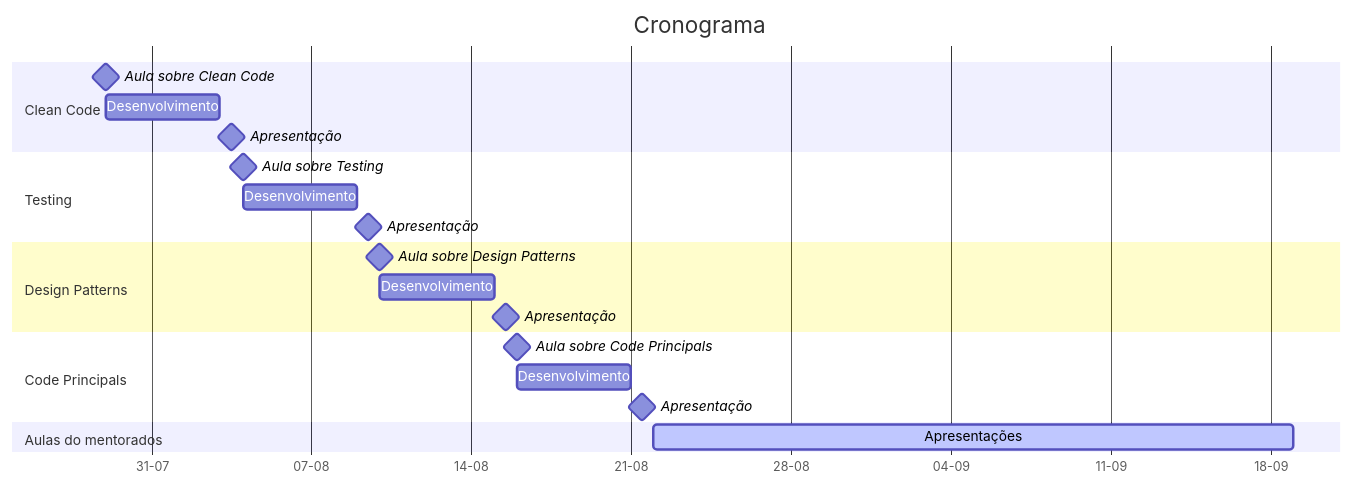
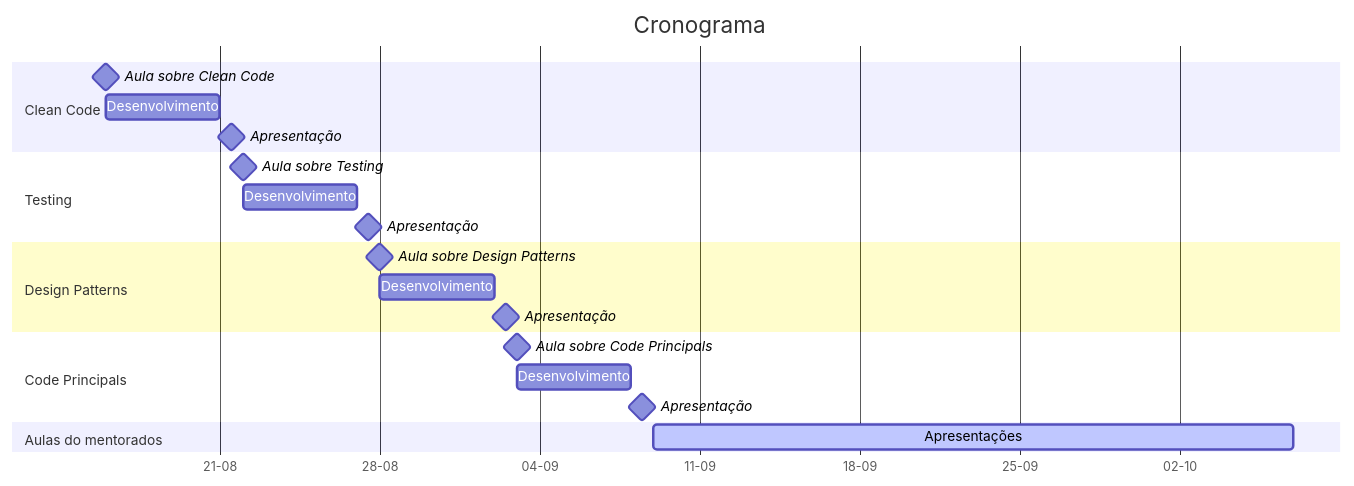
Before and after one commit to BrunoBiluca/biluca-knowledge: the first of 4 diagrams in team_training/dojo_mentoring/proposta_dojo.md, drawn with Mermaid. The commit also changed other lines of this file and 7 other files, not shown here.

````diff
--- a/team_training/dojo_mentoring/proposta_dojo.md
+++ b/team_training/dojo_mentoring/proposta_dojo.md
@@ -51,30 +48,30 @@
 ```mermaid
 gantt
     title Cronograma
     dateFormat  DD-MM-YYYY
     axisFormat %d-%m
     todayMarker off
 
     section Clean Code
-    Aula sobre Clean Code         :milestone, m1, 29-07-2022, 0d
+    Aula sobre Clean Code         :milestone, m1, 16-08-2022, 0d
     Desenvolvimento               :dev1, after m1, 5d
     Apresentação                  :milestone, m2, after dev1, 1d
 
     section Testing
     Aula sobre Testing            :milestone, m3, after m2, 0d
     Desenvolvimento               :dev2, after m3, 5d
     Apresentação                  :milestone, m4, after dev2, 1d
 
     section Design Patterns
     Aula sobre Design Patterns            :milestone, m5, after m4, 0d
     Desenvolvimento               :dev3, after m5, 5d
     Apresentação                  :milestone, m6, after dev3, 1d
 
     section Code Principals
     Aula sobre Code Principals            :milestone, m7, after m6, 0d
     Desenvolvimento               :dev4, after m7, 5d
     Apresentação                  :milestone, m8, after dev4, 1d
 
     section Aulas do mentorados
     Apresentações            :active, m9, after m8, 4w
 ```
````
